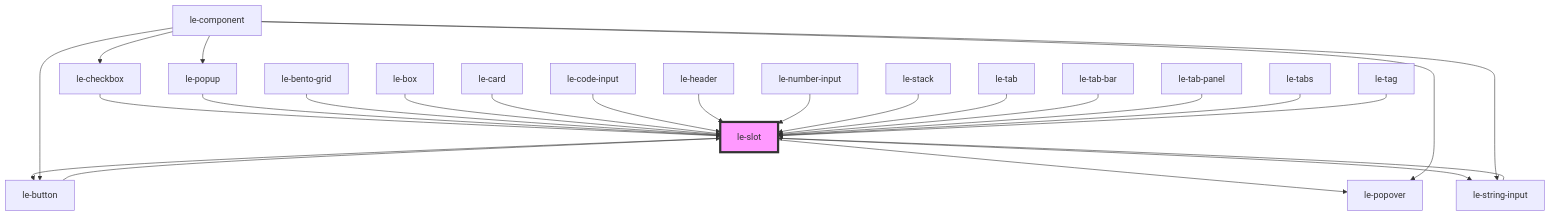
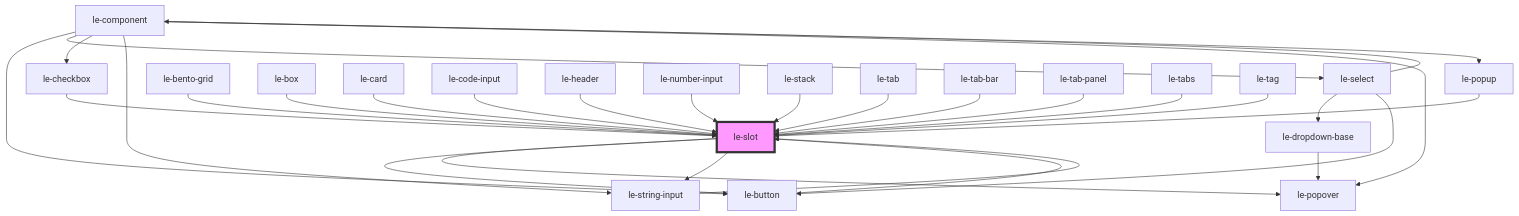
Before and after one commit to leechy/le-kit: the diagram in packages/core/src/components/le-slot/readme.md, drawn with Mermaid. The commit also changed 32 other files, not shown here.

````diff
--- a/packages/core/src/components/le-slot/readme.md
+++ b/packages/core/src/components/le-slot/readme.md
@@ -75,28 +75,33 @@
 ```mermaid
 graph TD;
   le-slot --> le-popover
   le-slot --> le-button
   le-slot --> le-string-input
   le-button --> le-slot
   le-component --> le-button
+  le-component --> le-select
   le-component --> le-checkbox
   le-component --> le-string-input
   le-component --> le-popover
   le-component --> le-popup
+  le-select --> le-component
+  le-select --> le-dropdown-base
+  le-select --> le-button
+  le-dropdown-base --> le-popover
   le-checkbox --> le-slot
   le-string-input --> le-slot
   le-popup --> le-slot
   le-bento-grid --> le-slot
   le-box --> le-slot
   le-card --> le-slot
   le-code-input --> le-slot
   le-header --> le-slot
   le-number-input --> le-slot
   le-stack --> le-slot
   le-tab --> le-slot
   le-tab-bar --> le-slot
   le-tab-panel --> le-slot
   le-tabs --> le-slot
   le-tag --> le-slot
   style le-slot fill:#f9f,stroke:#333,stroke-width:4px
 ```
````
